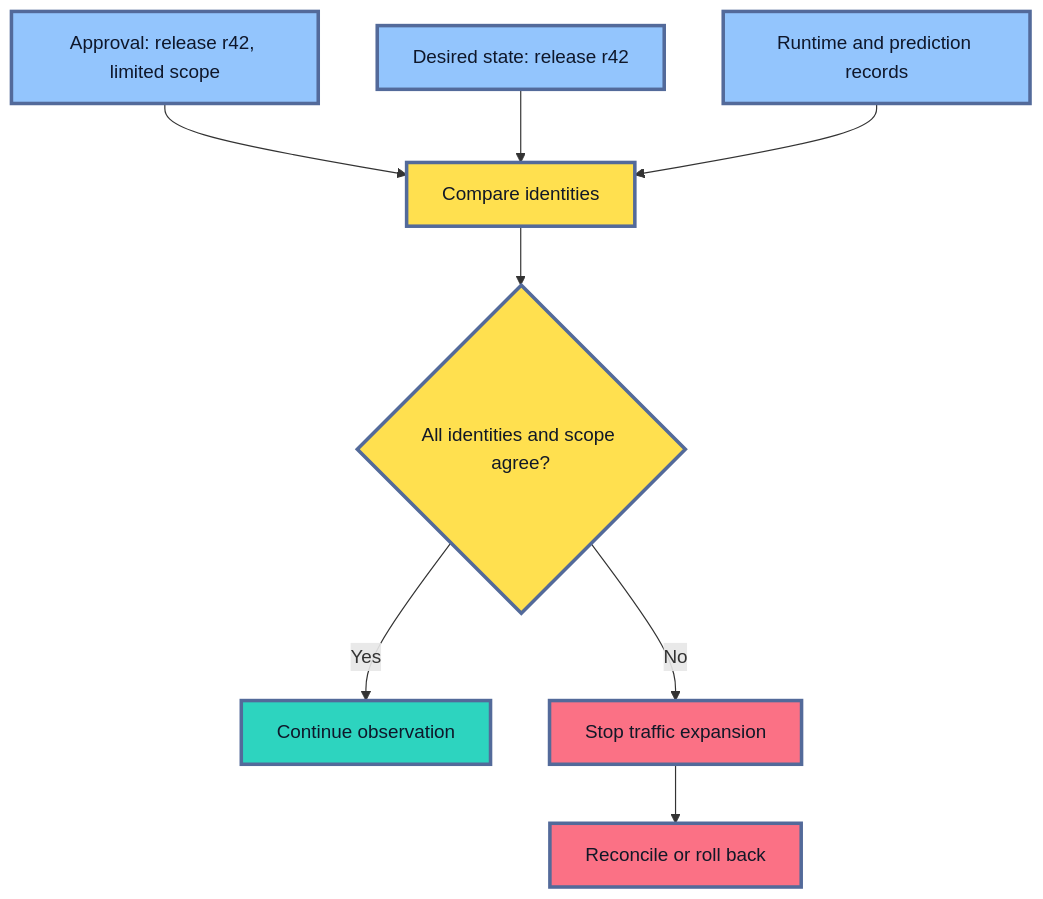
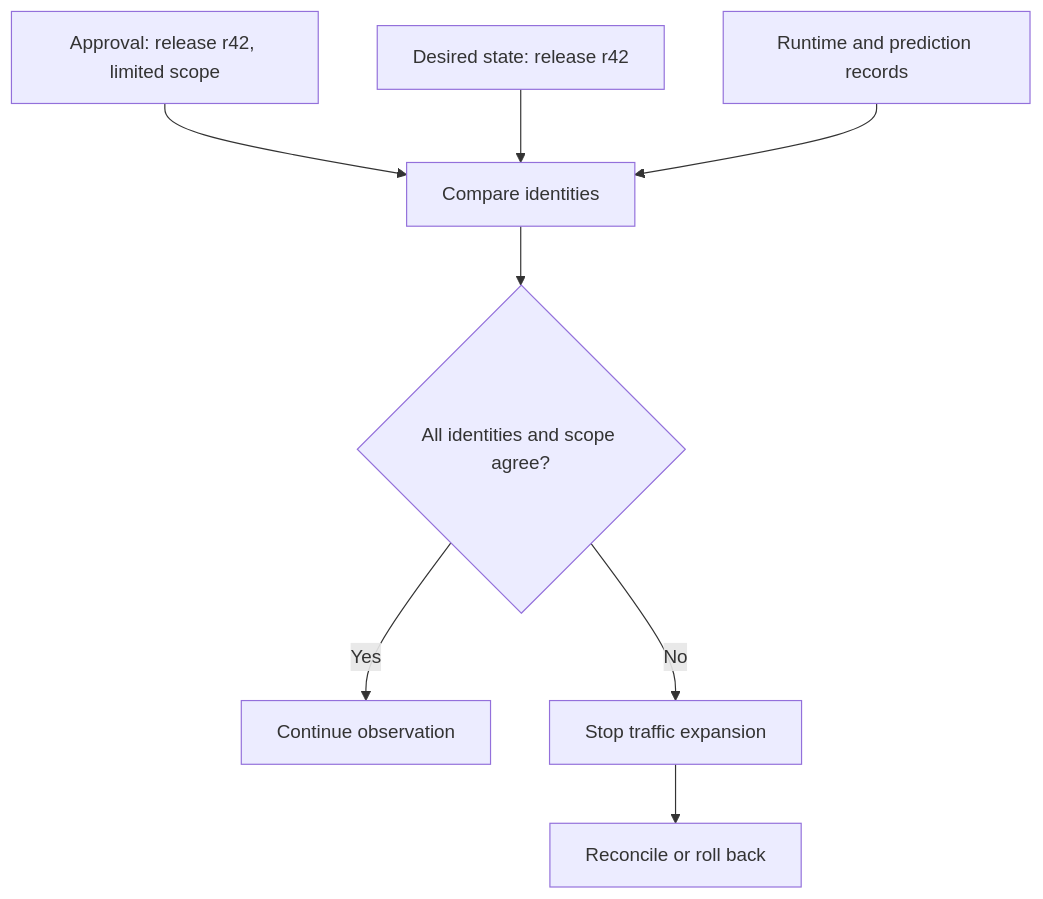
One commit to senlinyy/dev-roadmaps changed the fourth of 4 diagrams in roadmaps/mlops/modules/deployment-and-release-management/model-release-basics/05-cd-for-model-services.md. Above: the diagram before and after it, drawn with Mermaid. The commit also changed other lines of this file and 152 other files, not shown here.

Commit message:
feat: mlops and diagrams updated

````diff
--- a/roadmaps/mlops/modules/deployment-and-release-management/model-release-basics/05-cd-for-model-services.md
+++ b/roadmaps/mlops/modules/deployment-and-release-management/model-release-basics/05-cd-for-model-services.md
@@ -381,19 +369,15 @@
 ```mermaid
 flowchart TD
     A["Approval: release r42, limited scope"] --> D["Compare identities"]
     B["Desired state: release r42"] --> D
     C["Runtime and prediction records"] --> D
     D --> E{"All identities and scope agree?"}
     E -->|"Yes"| F["Continue observation"]
     E -->|"No"| G["Stop traffic expansion"]
     G --> H["Reconcile or roll back"]
 
-    classDef evidence fill:#93C5FD,stroke:#536A9A,stroke-width:3px,color:#0F172A
-    classDef check fill:#FFE04F,stroke:#536A9A,stroke-width:3px,color:#111827
-    classDef pass fill:#2DD4BF,stroke:#536A9A,stroke-width:3px,color:#0F172A
-    classDef stop fill:#FB7185,stroke:#536A9A,stroke-width:3px,color:#111827
     class A,B,C evidence
     class D,E check
     class F pass
     class G,H stop
 ```
````
